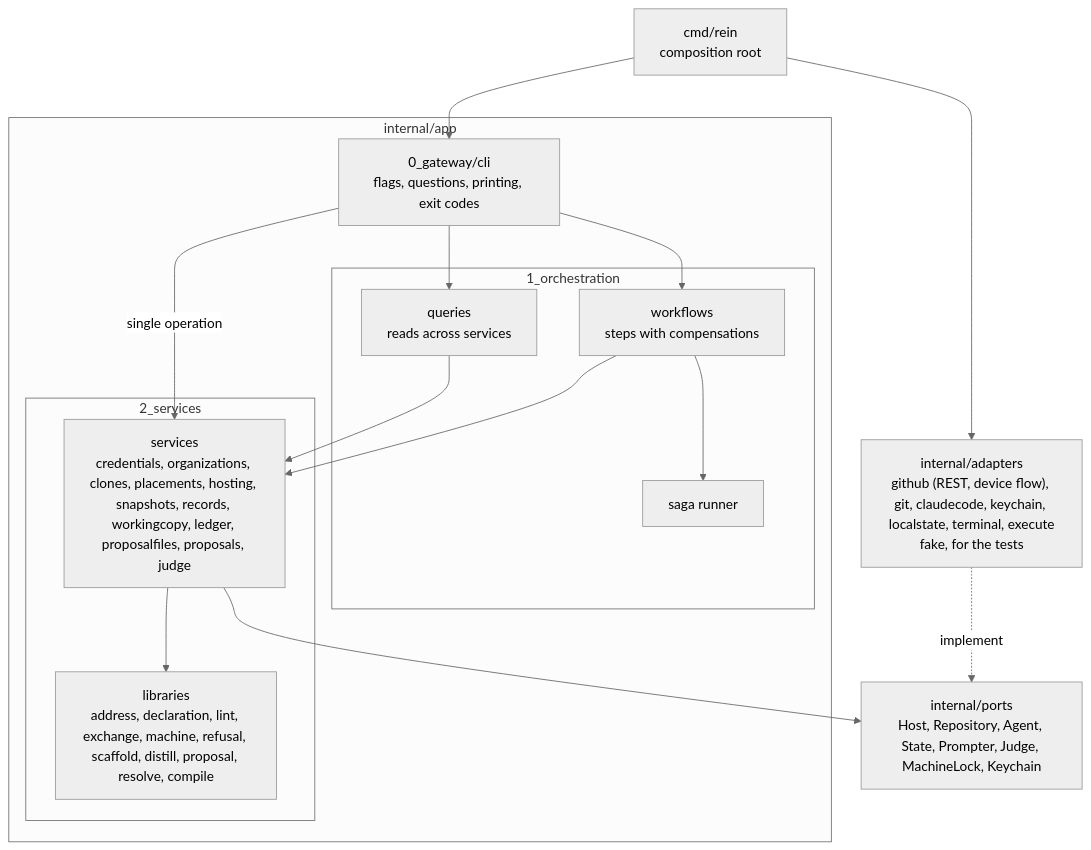
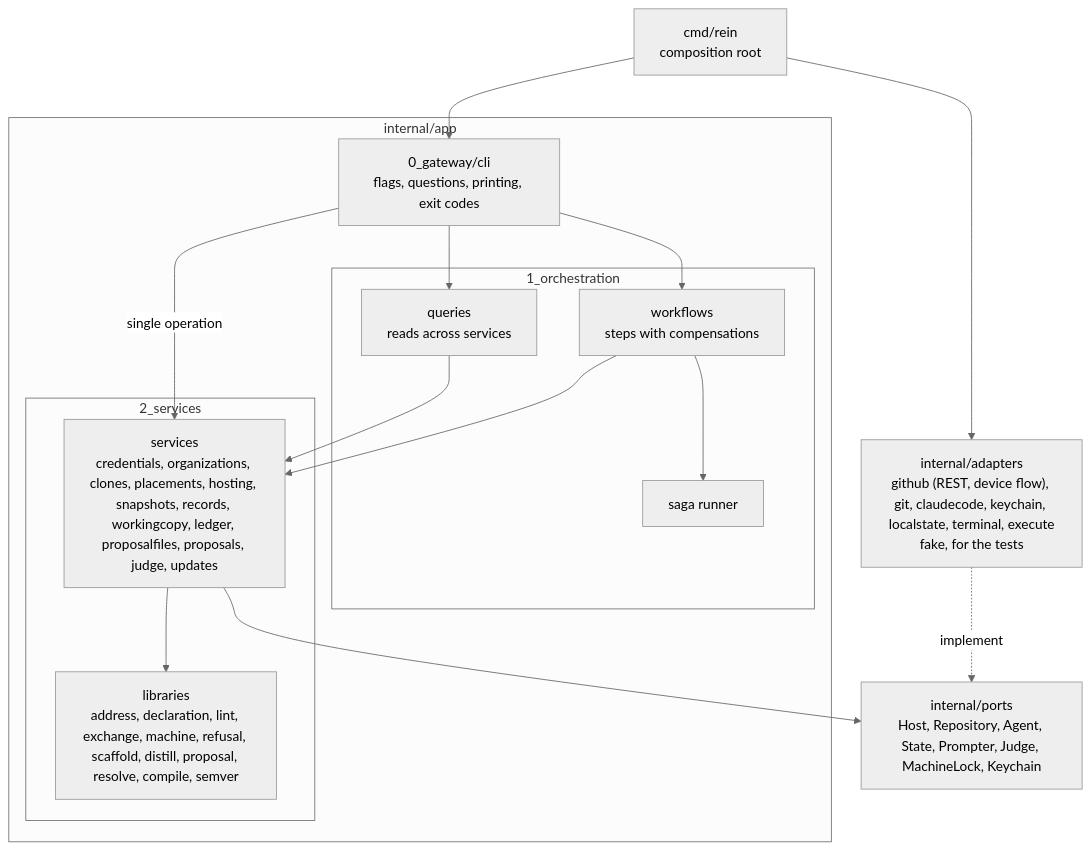
One commit to Danidani23/agents-rein changed the diagram in docs/architecture.md. Above: the diagram before and after it, drawn with Mermaid (neutral theme). The commit also changed other lines of this file and 34 other files, not shown here.

````diff
--- a/docs/architecture.md
+++ b/docs/architecture.md
@@ -18,30 +18,30 @@
 ```mermaid
 flowchart TB
     main["cmd/rein<br/>composition root"]
     subgraph app["internal/app"]
         gateway["0_gateway/cli<br/>flags, questions, printing, exit codes"]
         subgraph orchestration["1_orchestration"]
             workflows["workflows<br/>steps with compensations"]
             queries["queries<br/>reads across services"]
             runner["saga runner"]
         end
         subgraph services["2_services"]
-            svc["services<br/>credentials, organizations, clones, placements, hosting, snapshots, records, workingcopy, ledger, proposalfiles, proposals, judge"]
-            libs["libraries<br/>address, declaration, lint, exchange, machine, refusal, scaffold, distill, proposal, resolve, compile"]
+            svc["services<br/>credentials, organizations, clones, placements, hosting, snapshots, records, workingcopy, ledger, proposalfiles, proposals, judge, updates"]
+            libs["libraries<br/>address, declaration, lint, exchange, machine, refusal, scaffold, distill, proposal, resolve, compile, semver"]
         end
     end
     ports["internal/ports<br/>Host, Repository, Agent, State, Prompter, Judge, MachineLock, Keychain"]
     adapters["internal/adapters<br/>github (REST, device flow), git, claudecode, keychain, localstate, terminal, execute<br/>fake, for the tests"]
 
     main --> gateway
     main --> adapters
     gateway --> workflows
     gateway --> queries
     gateway -- "single operation" --> svc
     workflows --> runner
     workflows --> svc
     queries --> svc
     svc --> ports
     svc --> libs
     adapters -. implement .-> ports
 ```
````
